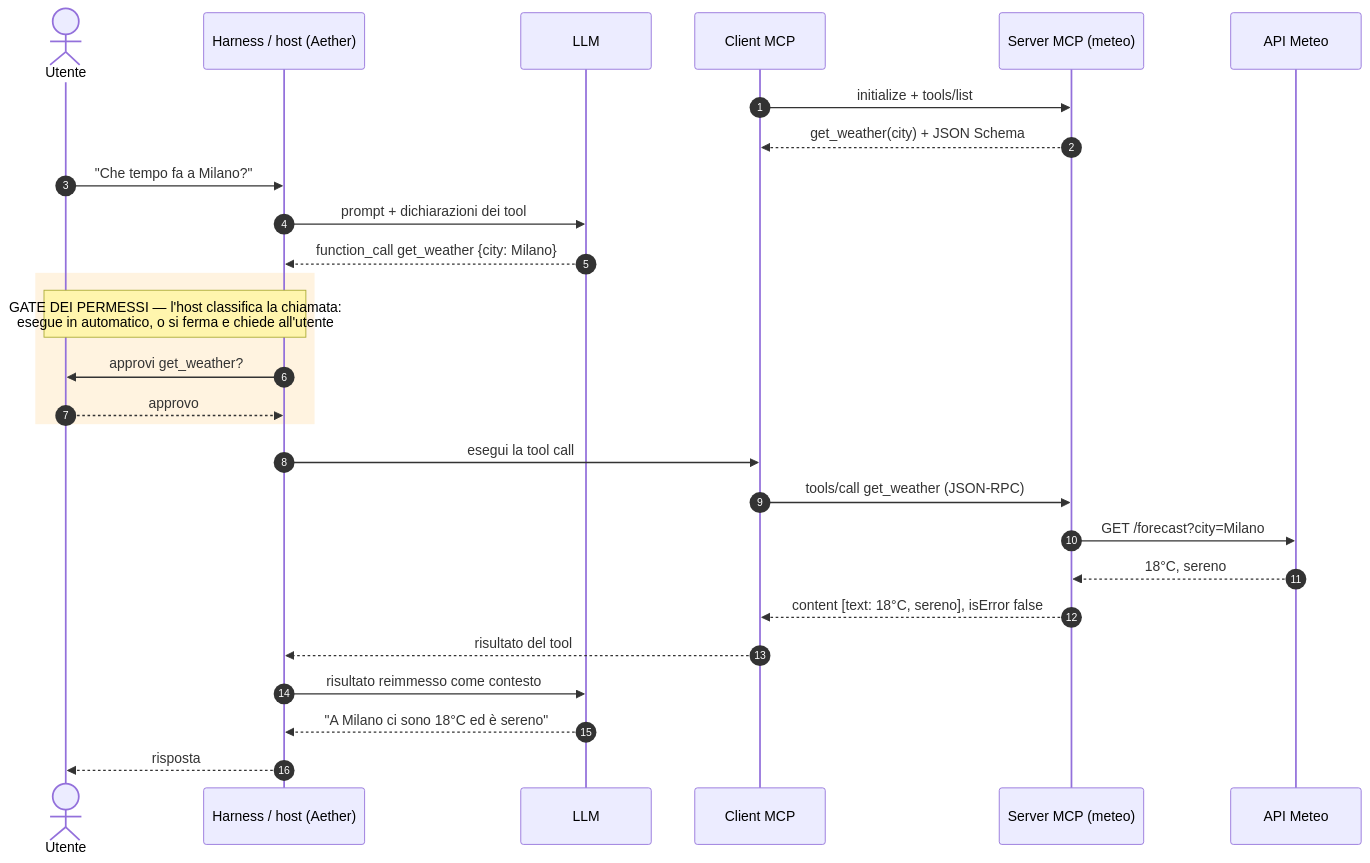
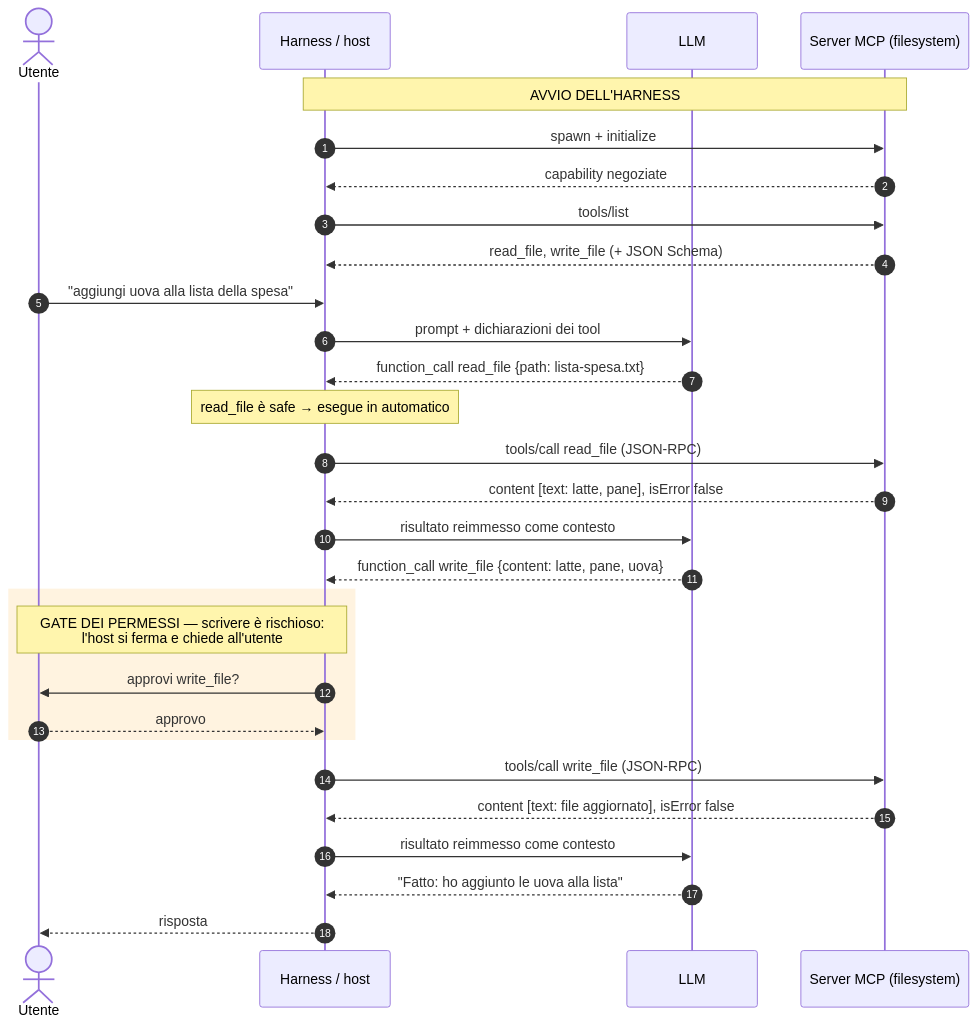
Before and after one commit to MichelePolo/Aether: the first of 4 diagrams in docs/it/guides/builtin-mcp.md, drawn with Mermaid. The commit also changed other lines of this file and 1 other file, not shown here.

Commit message:
docs: beginner-friendly MCP intro diagram in builtin-mcp guide (EN+IT) (#136)
Replace the §1 weather-tool sequence diagram with a generic minimal
example: a hypothetical filesystem MCP server spawned at harness
startup (initialize + tools/list discovery), then a read_file →
write_file chain driven by "add eggs to the shopping list". Fewer
participants (no separate MCP client, no external API), the permission
gate shown on the risky write only, and the safe-read auto-run
contrast annotated inline.

````diff
--- a/docs/it/guides/builtin-mcp.md
+++ b/docs/it/guides/builtin-mcp.md
@@ -45,30 +45,33 @@
 ```mermaid
 sequenceDiagram
     autonumber
     actor U as Utente
-    participant H as Harness / host (Aether)
+    participant H as Harness / host
     participant L as LLM
-    participant C as Client MCP
-    participant S as Server MCP (meteo)
-    participant W as API Meteo
+    participant S as Server MCP (filesystem)
 
-    C->>S: initialize + tools/list
-    S-->>C: get_weather(city) + JSON Schema
-    U->>H: "Che tempo fa a Milano?"
+    Note over H,S: AVVIO DELL'HARNESS
+    H->>S: spawn + initialize
+    S-->>H: capability negoziate
+    H->>S: tools/list
+    S-->>H: read_file, write_file (+ JSON Schema)
+
+    U->>H: "aggiungi uova alla lista della spesa"
     H->>L: prompt + dichiarazioni dei tool
-    L-->>H: function_call get_weather {city: Milano}
+    L-->>H: function_call read_file {path: lista-spesa.txt}
+    Note over H: read_file è safe → esegue in automatico
+    H->>S: tools/call read_file (JSON-RPC)
+    S-->>H: content [text: latte, pane], isError false
+    H->>L: risultato reimmesso come contesto
+    L-->>H: function_call write_file {content: latte, pane, uova}
     rect rgb(255, 243, 224)
-        Note over U,H: GATE DEI PERMESSI — l'host classifica la chiamata:<br/>esegue in automatico, o si ferma e chiede all'utente
-        H->>U: approvi get_weather?
+        Note over U,H: GATE DEI PERMESSI — scrivere è rischioso:<br/>l'host si ferma e chiede all'utente
+        H->>U: approvi write_file?
         U-->>H: approvo
     end
-    H->>C: esegui la tool call
-    C->>S: tools/call get_weather (JSON-RPC)
-    S->>W: GET /forecast?city=Milano
-    W-->>S: 18°C, sereno
-    S-->>C: content [text: 18°C, sereno], isError false
-    C-->>H: risultato del tool
+    H->>S: tools/call write_file (JSON-RPC)
+    S-->>H: content [text: file aggiornato], isError false
     H->>L: risultato reimmesso come contesto
-    L-->>H: "A Milano ci sono 18°C ed è sereno"
+    L-->>H: "Fatto: ho aggiunto le uova alla lista"
     H-->>U: risposta
 ```
````
